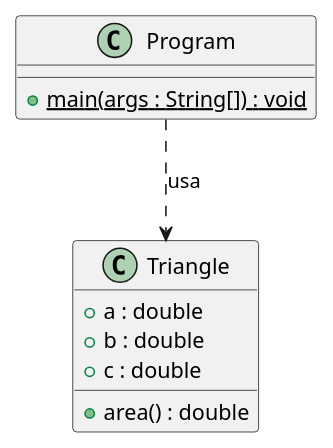
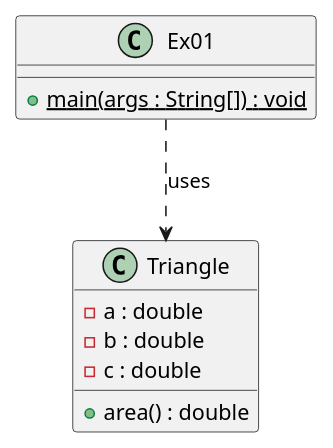
One commit to pedromiguel97/java-exercises changed the diagram in 01-oop-basics/docs/diagrams/triangle-class.puml. Above: the diagram before and after it, drawn with PlantUML. The commit also changed 93 other files, not shown here.

```diff
--- a/01-oop-basics/docs/diagrams/triangle-class.puml
+++ b/01-oop-basics/docs/diagrams/triangle-class.puml
@@ -1,14 +1,14 @@
 @startuml
 class Triangle {
-  + a : double
-  + b : double
-  + c : double
+  - a : double
+  - b : double
+  - c : double
   + area() : double
 }
 
-class Program {
+class Ex01 {
   + {static} main(args : String[]) : void
 }
 
-Program ..> Triangle : usa
+Ex01 ..> Triangle : uses
 @enduml
```
